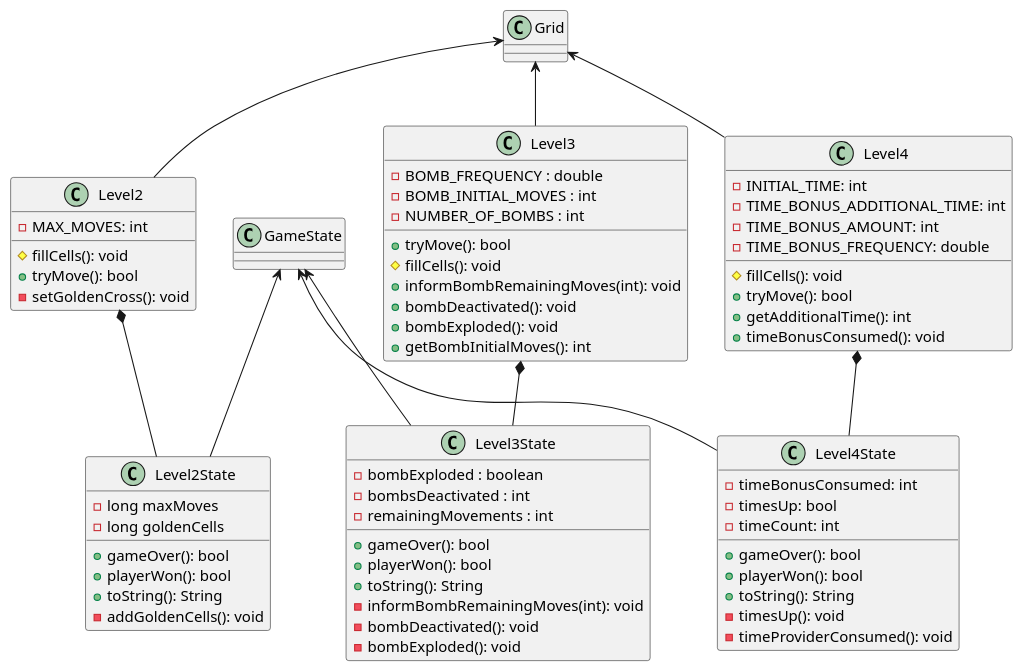
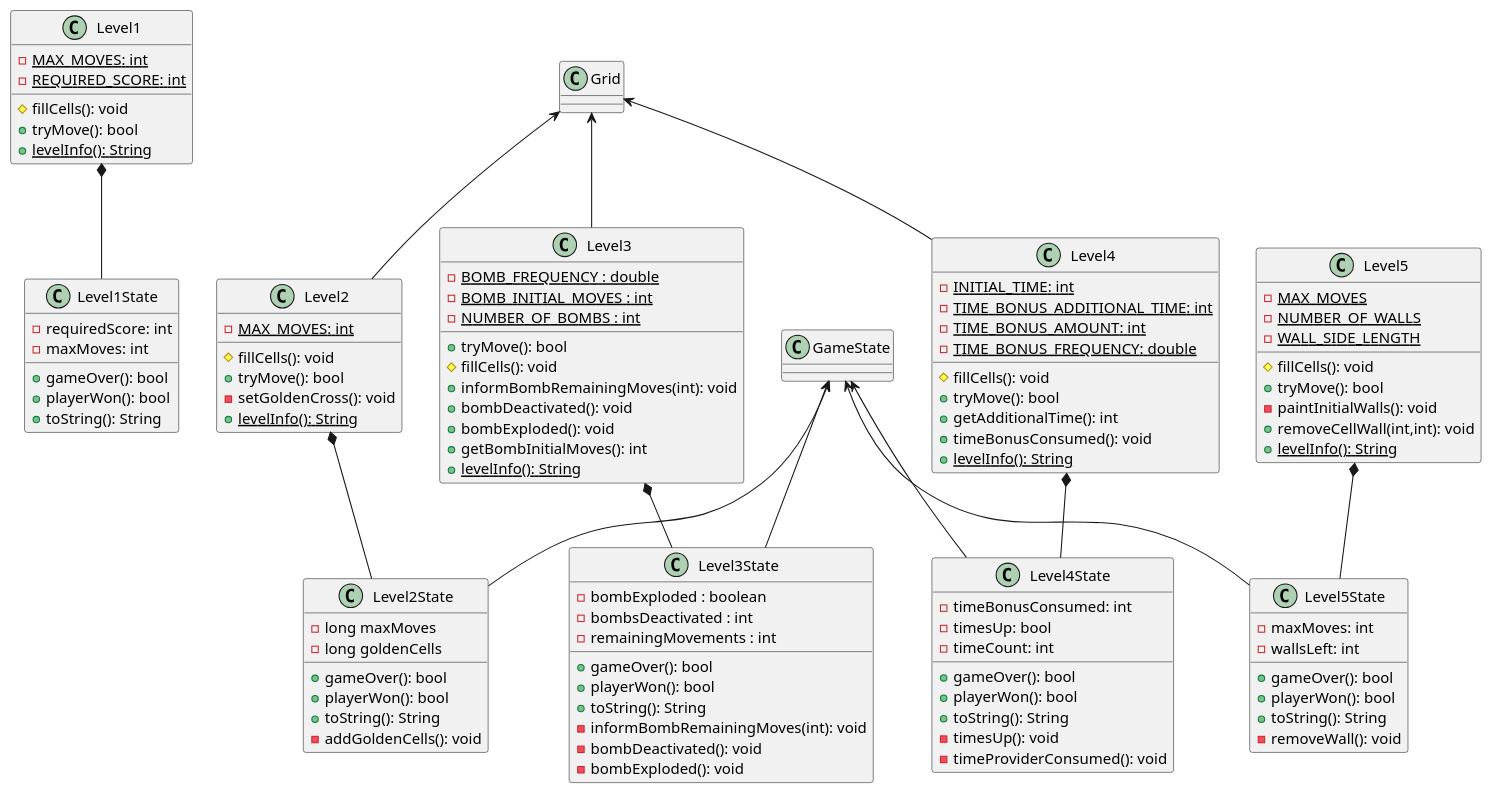
The diagram in src/game/backend/levels.plantuml (matiapa/itba-poo-final), drawn with PlantUML before and after one commit. The commit also changed 24 other files, not shown here.

First line of the commit message:
Se agrego Level 1 Se agrego un llamado a scorePanelUpdated() despues de setear en el first render en CandyFrame Se agrego el metodo levelInfo() en todos los Levels Se agrego el metodo showLevelInfo() en GameApp

```diff
--- a/src/game/backend/levels.plantuml
+++ b/src/game/backend/levels.plantuml
@@ -1,99 +1,156 @@
 @startuml
 
 ' --------------- LEVELS --------------- '
 
+' Level1 '
+
+class Level1{
+ - {static} MAX_MOVES: int
+ - {static} REQUIRED_SCORE: int
+ # fillCells(): void
+ + tryMove(): bool
+ + {static} levelInfo(): String
+}
+
+Level1 *-- Level1State
+
+
+' Level1State '
+
+class Level1State{
+ - requiredScore: int
+ - maxMoves: int
+ + gameOver(): bool
+ + playerWon(): bool
+ + toString(): String
+}
+
+
 ' Level2 '
 
 class Level2{
- - MAX_MOVES: int
+ - {static} MAX_MOVES: int
  # fillCells(): void
  + tryMove(): bool
  - setGoldenCross(): void
+ + {static} levelInfo(): String
 }
 
 Grid <-- Level2
 Level2 *-- Level2State
 
 
 ' Level2State '
 
 class Level2State{
  - long maxMoves
  - long goldenCells
  + gameOver(): bool
  + playerWon(): bool
  + toString(): String
  - addGoldenCells(): void
 }
 
 GameState <-- Level2State
 
 
 ' Level3 '
 
 class Level3 {
-  - BOMB_FREQUENCY : double
-  - BOMB_INITIAL_MOVES : int
-  - NUMBER_OF_BOMBS : int
+  - {static} BOMB_FREQUENCY : double
+  - {static} BOMB_INITIAL_MOVES : int
+  - {static} NUMBER_OF_BOMBS : int
   + tryMove(): bool
   # fillCells(): void
   + informBombRemainingMoves(int): void
   + bombDeactivated(): void
   + bombExploded(): void
   + getBombInitialMoves(): int
+  + {static} levelInfo(): String
 }
 
 Grid <-- Level3
 Level3 *-- Level3State
 
 
 ' Level3State'
 
 class Level3State {
   - bombExploded : boolean
   - bombsDeactivated : int
   - remainingMovements : int
   + gameOver(): bool
   + playerWon(): bool
   + toString(): String
   - informBombRemainingMoves(int): void
   - bombDeactivated(): void
   - bombExploded(): void
 }
 
 GameState <-- Level3State
 
 
 ' Level4 '
 
 class Level4{
- - INITIAL_TIME: int
- - TIME_BONUS_ADDITIONAL_TIME: int
- - TIME_BONUS_AMOUNT: int
- - TIME_BONUS_FREQUENCY: double
+ - {static} INITIAL_TIME: int
+ - {static} TIME_BONUS_ADDITIONAL_TIME: int
+ - {static} TIME_BONUS_AMOUNT: int
+ - {static} TIME_BONUS_FREQUENCY: double
  # fillCells(): void
  + tryMove(): bool
  + getAdditionalTime(): int
  + timeBonusConsumed(): void
+ + {static} levelInfo(): String
 }
 
 Grid <-- Level4
 Level4 *-- Level4State
 
 
 ' Level4State '
 
 class Level4State{
  - timeBonusConsumed: int
  - timesUp: bool
  - timeCount: int
  + gameOver(): bool
  + playerWon(): bool
  + toString(): String
  - timesUp(): void
  - timeProviderConsumed(): void
 }
 
 GameState <-- Level4State
 
+
+' Level5 '
+
+class Level5{
+ - {static} MAX_MOVES
+ - {static} NUMBER_OF_WALLS
+ - {static} WALL_SIDE_LENGTH
+ # fillCells(): void
+ + tryMove(): bool
+ - paintInitialWalls(): void
+ + removeCellWall(int,int): void
+ + {static} levelInfo(): String
+}
+
+Level5 *-- Level5State
+
+
+' Level5State '
+
+class Level5State{
+ - maxMoves: int
+ - wallsLeft: int
+ + gameOver(): bool
+ + playerWon(): bool
+ + toString(): String
+ - removeWall(): void
+}
+
+GameState <-- Level5State
+
 @enduml
```
